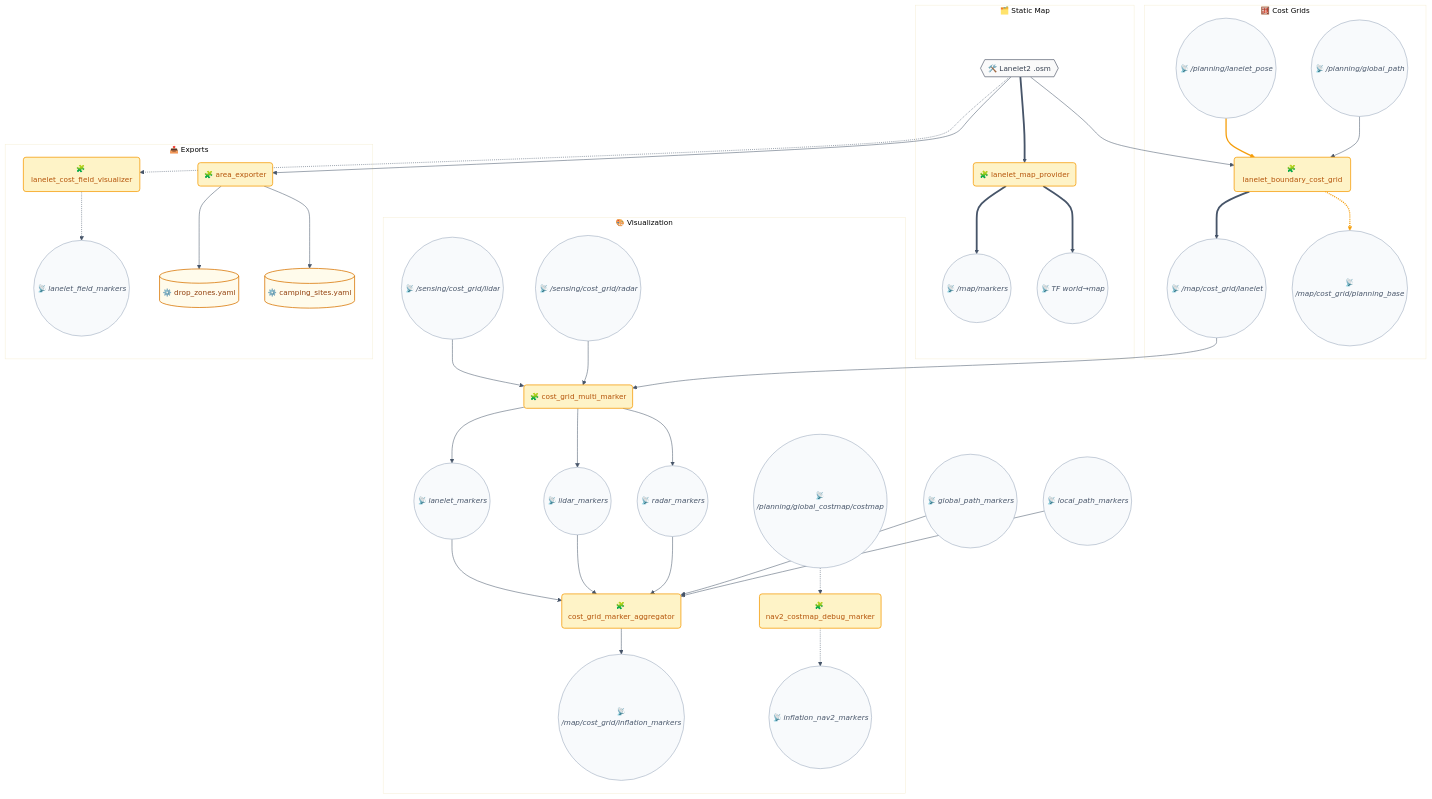
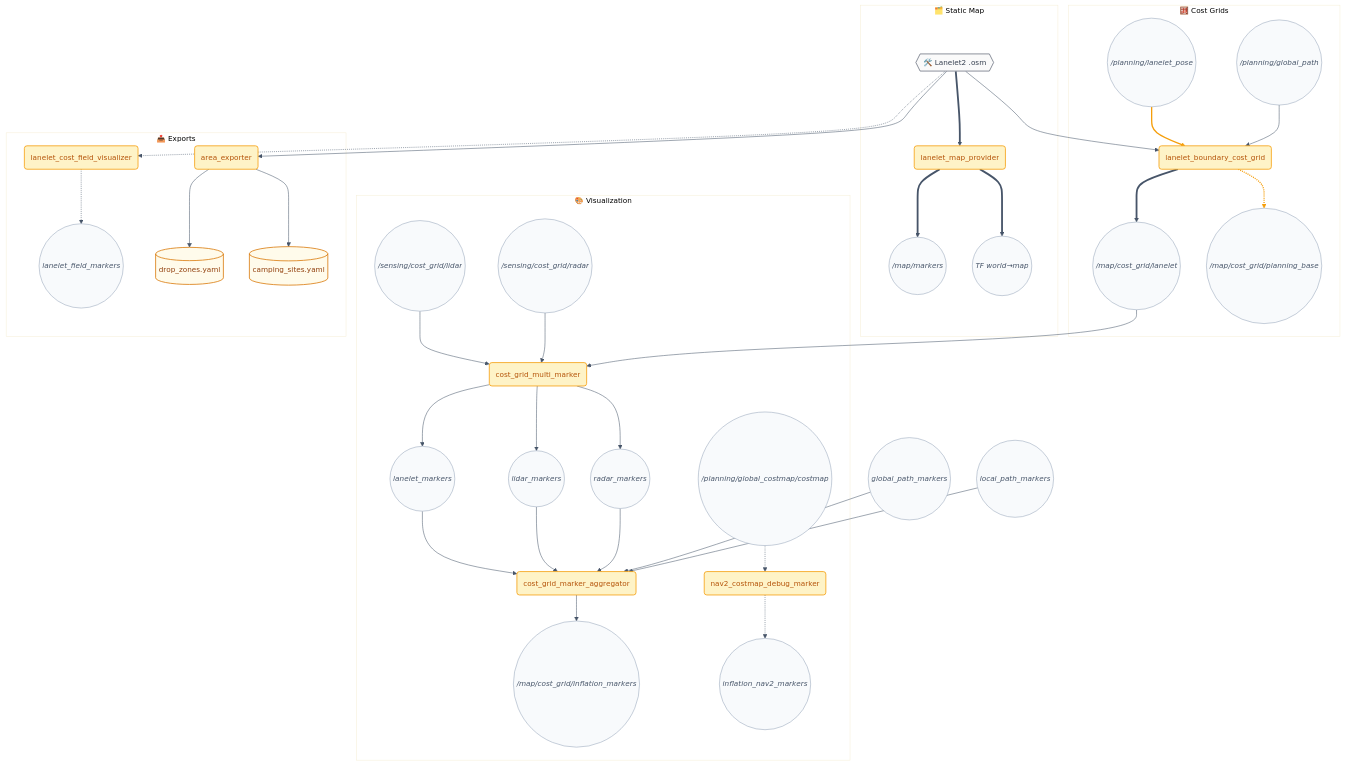
One commit to hwanhonglee/CAMROD changed the second of 3 diagrams in camrod_map/README.md. Above: the diagram before and after it, drawn with Mermaid. The commit also changed other lines of this file and 11 other files, not shown here.

First line of the commit message:
docs: fix Mermaid syntax errors and reduce emoji overuse in all READMEs

````diff
--- a/camrod_map/README.md
+++ b/camrod_map/README.md
@@ -110,20 +110,20 @@
 
   subgraph STATIC["🗂️ Static Map"]
     OSM{{🛠️ Lanelet2 .osm}}:::hardware
-    LMAP(🧩 lanelet_map_provider):::mapping
-    MVIS((📡 /map/markers)):::topic
-    TF((📡 TF world→map)):::topic
+    LMAP(lanelet_map_provider):::mapping
+    MVIS((/map/markers)):::topic
+    TF((TF world→map)):::topic
     OSM ==> LMAP
     LMAP ==> MVIS
     LMAP ==> TF
   end
 
   subgraph GRID["🧮 Cost Grids"]
-    LGRID(🧩 lanelet_boundary_cost_grid):::mapping
-    POSE((📡 /planning/lanelet_pose)):::topic
-    GPATH((📡 /planning/global_path)):::topic
-    LCOST((📡 /map/cost_grid/lanelet)):::topic
-    LBASE((📡 /map/cost_grid/planning_base)):::topic
+    LGRID(lanelet_boundary_cost_grid):::mapping
+    POSE((/planning/lanelet_pose)):::topic
+    GPATH((/planning/global_path)):::topic
+    LCOST((/map/cost_grid/lanelet)):::topic
+    LBASE((/map/cost_grid/planning_base)):::topic
     POSE --> LGRID
     GPATH --> LGRID
     LGRID ==> LCOST
@@ -131,17 +131,17 @@
   end
 
   subgraph VIZ["🎨 Visualization"]
-    MCFM(🧩 cost_grid_multi_marker):::mapping
-    LIDAR((📡 /sensing/cost_grid/lidar)):::topic
-    RADAR((📡 /sensing/cost_grid/radar)):::topic
-    LMRK((📡 lanelet_markers)):::topic
-    LIMRK((📡 lidar_markers)):::topic
-    RMRK((📡 radar_markers)):::topic
-    AGG(🧩 cost_grid_marker_aggregator):::mapping
-    CONTRIB((📡 /map/cost_grid/inflation_markers)):::topic
-    INFGRID((📡 /planning/global_costmap/costmap)):::topic
-    CFMRK(🧩 nav2_costmap_debug_marker):::mapping
-    INFLMRK((📡 inflation_nav2_markers)):::topic
+    MCFM(cost_grid_multi_marker):::mapping
+    LIDAR((/sensing/cost_grid/lidar)):::topic
+    RADAR((/sensing/cost_grid/radar)):::topic
+    LMRK((lanelet_markers)):::topic
+    LIMRK((lidar_markers)):::topic
+    RMRK((radar_markers)):::topic
+    AGG(cost_grid_marker_aggregator):::mapping
+    CONTRIB((/map/cost_grid/inflation_markers)):::topic
+    INFGRID((/planning/global_costmap/costmap)):::topic
+    CFMRK(nav2_costmap_debug_marker):::mapping
+    INFLMRK((inflation_nav2_markers)):::topic
     LIDAR --> MCFM
     RADAR --> MCFM
     MCFM --> LMRK
@@ -156,11 +156,11 @@
   end
 
   subgraph EXPORT["📤 Exports"]
-    CFN(🧩 lanelet_cost_field_visualizer):::mapping
-    CFIELD((📡 lanelet_field_markers)):::topic
-    AEX(🧩 area_exporter):::mapping
-    DZ[(⚙️ drop_zones.yaml)]:::config
-    CS[(⚙️ camping_sites.yaml)]:::config
+    CFN(lanelet_cost_field_visualizer):::mapping
+    CFIELD((lanelet_field_markers)):::topic
+    AEX(area_exporter):::mapping
+    DZ[(drop_zones.yaml)]:::config
+    CS[(camping_sites.yaml)]:::config
     CFN -.-> CFIELD
     AEX --> DZ
     AEX --> CS
@@ -170,8 +170,8 @@
   OSM -.-> CFN
   OSM --> AEX
   LCOST --> MCFM
-  GPMRK((📡 global_path_markers)):::topic --> AGG
-  LPMRK((📡 local_path_markers)):::topic --> AGG
+  GPMRK((global_path_markers)):::topic --> AGG
+  LPMRK((local_path_markers)):::topic --> AGG
 
   linkStyle 3,6 stroke:#F59E0B,stroke-width:2.5px;
 ```
````
